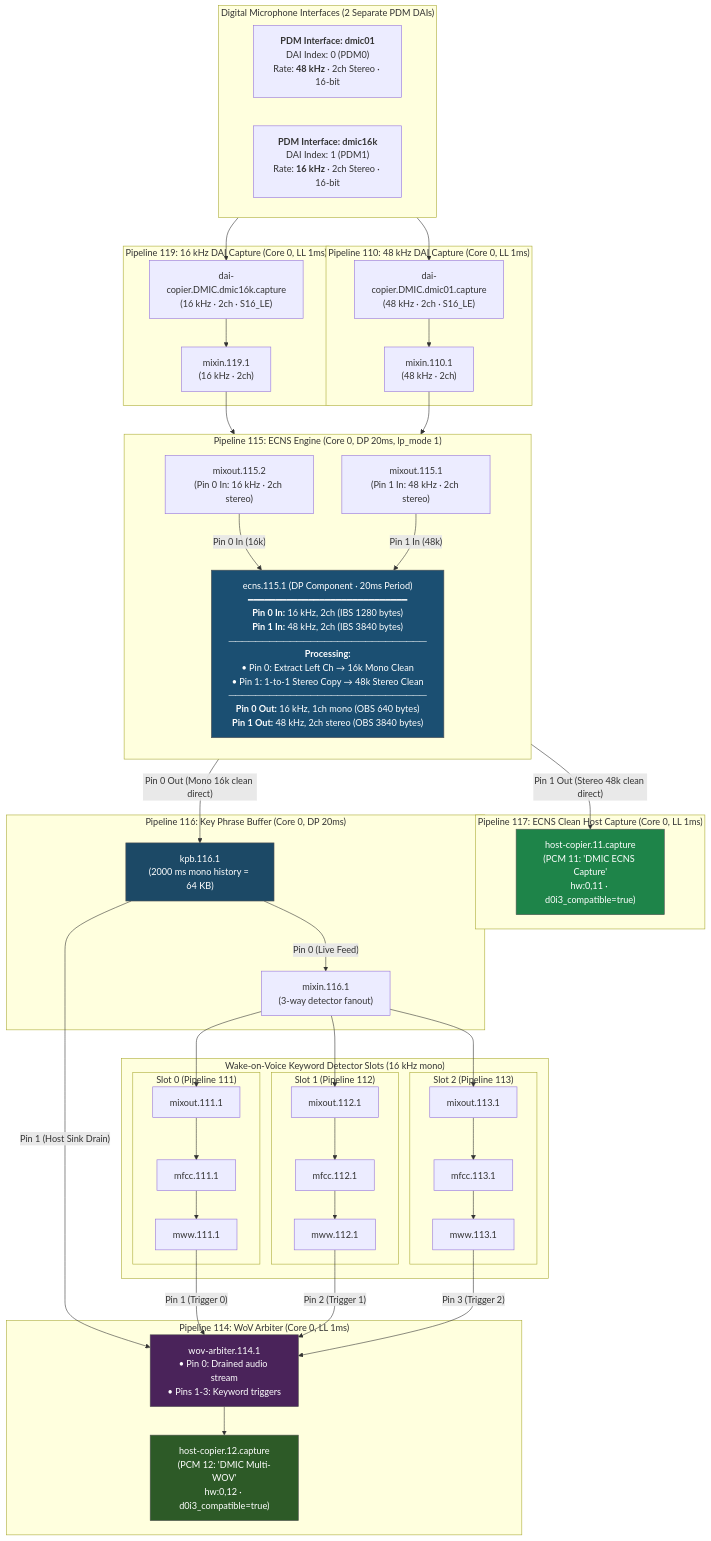
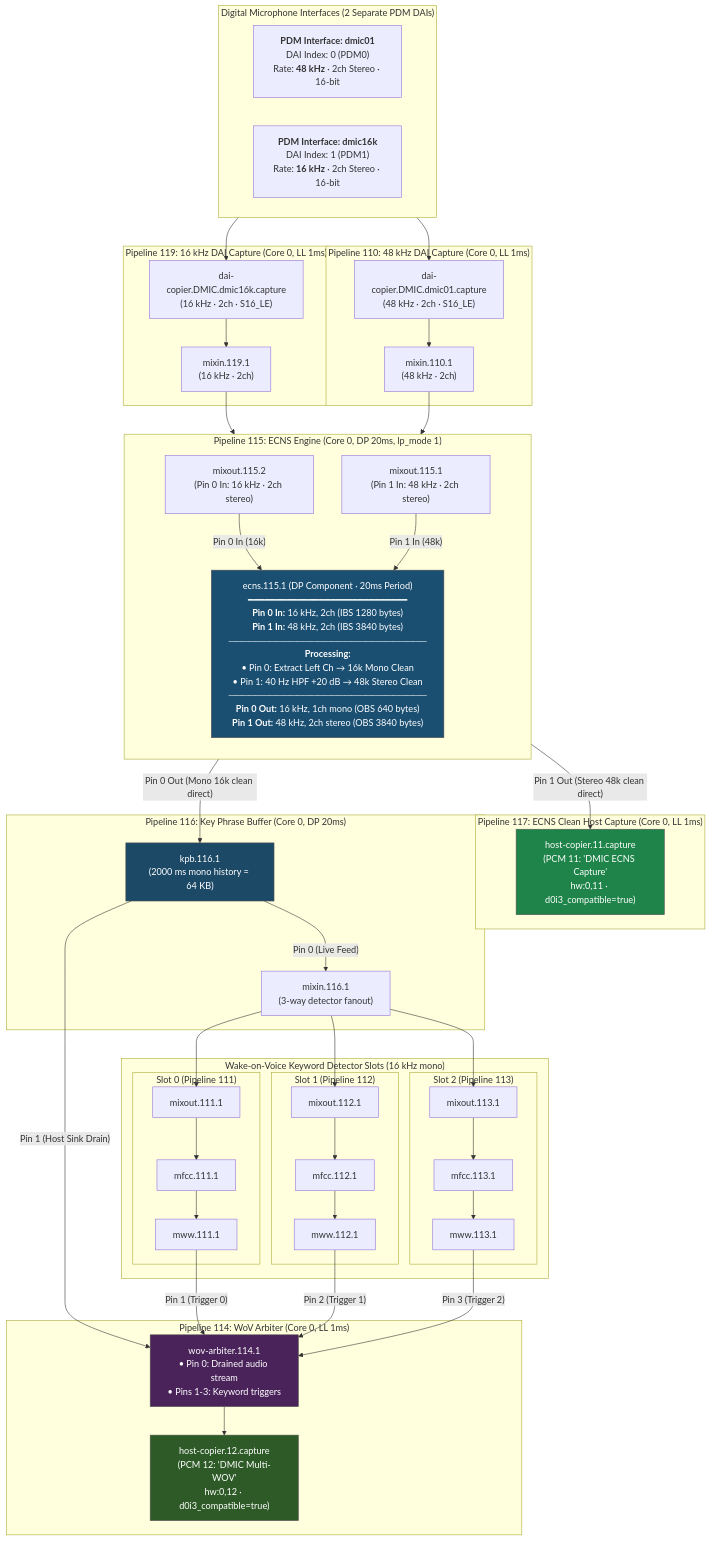
One commit to thesofproject/sof changed the diagram in src/audio/ecns/README.md. Above: the diagram before and after it, drawn with Mermaid. The commit also changed other lines of this file and 2 other files, not shown here.

First line of the commit message:
audio: ecns: add 40 Hz highpass filter with gain to host output

```diff
--- a/src/audio/ecns/README.md
+++ b/src/audio/ecns/README.md
@@ -49,7 +49,7 @@
         MIXOUT_115_2["mixout.115.2<br/>(Pin 0 In: 16 kHz · 2ch stereo)"]
         MIXOUT_115_1["mixout.115.1<br/>(Pin 1 In: 48 kHz · 2ch stereo)"]
 
-        ECNS["ecns.115.1 (DP Component · 20ms Period)<br/>━━━━━━━━━━━━━━━━━━━━━━━━━━━━━<br/><b>Pin 0 In:</b> 16 kHz, 2ch (IBS 1280 bytes)<br/><b>Pin 1 In:</b> 48 kHz, 2ch (IBS 3840 bytes)<br/>─────────────────────────────<br/><b>Processing:</b><br/>• Pin 0: Extract Left Ch → 16k Mono Clean<br/>• Pin 1: 1-to-1 Stereo Copy → 48k Stereo Clean<br/>─────────────────────────────<br/><b>Pin 0 Out:</b> 16 kHz, 1ch mono (OBS 640 bytes)<br/><b>Pin 1 Out:</b> 48 kHz, 2ch stereo (OBS 3840 bytes)"]
+        ECNS["ecns.115.1 (DP Component · 20ms Period)<br/>━━━━━━━━━━━━━━━━━━━━━━━━━━━━━<br/><b>Pin 0 In:</b> 16 kHz, 2ch (IBS 1280 bytes)<br/><b>Pin 1 In:</b> 48 kHz, 2ch (IBS 3840 bytes)<br/>─────────────────────────────<br/><b>Processing:</b><br/>• Pin 0: Extract Left Ch → 16k Mono Clean<br/>• Pin 1: 40 Hz HPF +20 dB → 48k Stereo Clean<br/>─────────────────────────────<br/><b>Pin 0 Out:</b> 16 kHz, 1ch mono (OBS 640 bytes)<br/><b>Pin 1 Out:</b> 48 kHz, 2ch stereo (OBS 3840 bytes)"]
 
         MIXOUT_115_2 -->|"Pin 0 In (16k)"| ECNS
         MIXOUT_115_1 -->|"Pin 1 In (48k)"| ECNS
```
